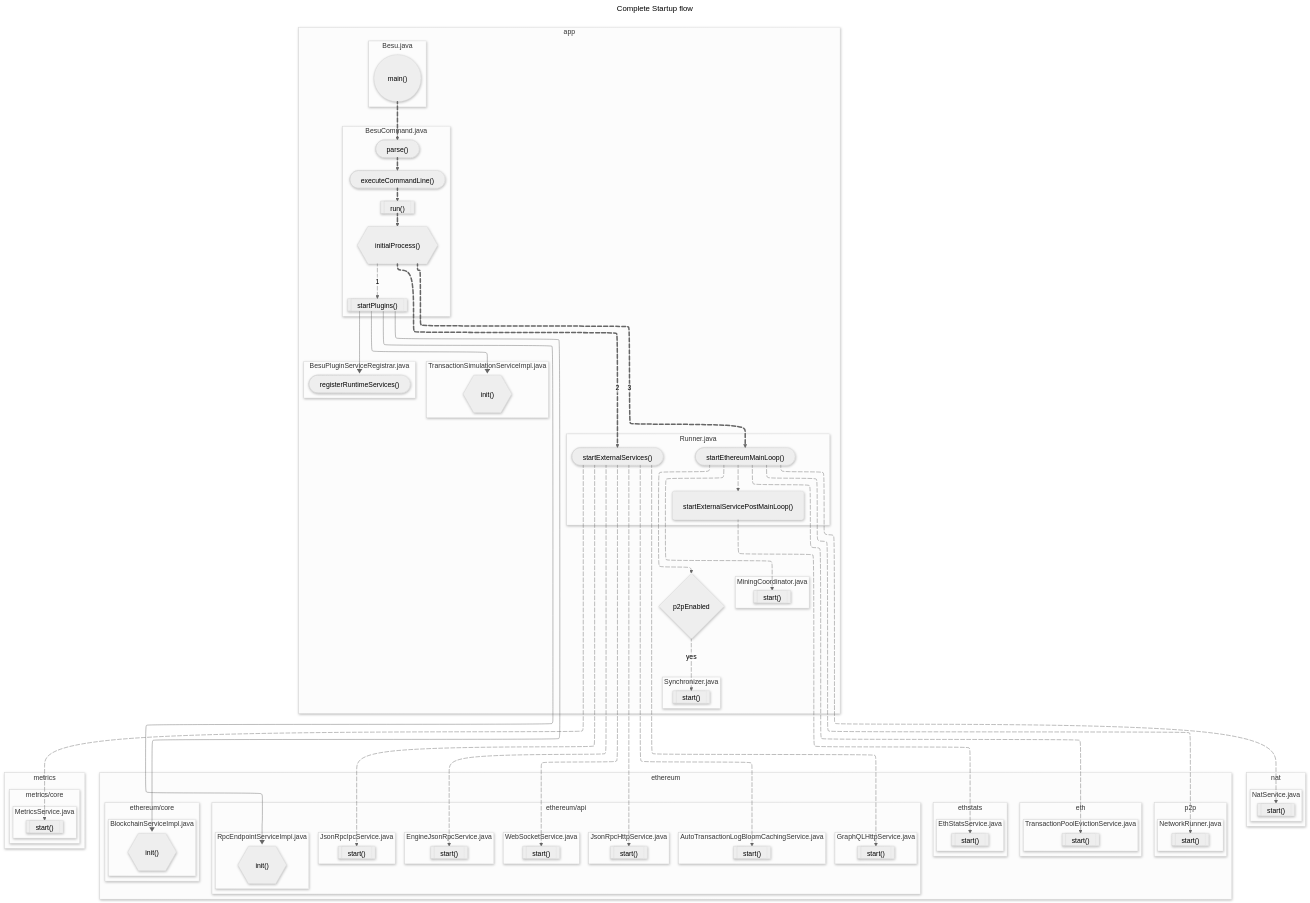
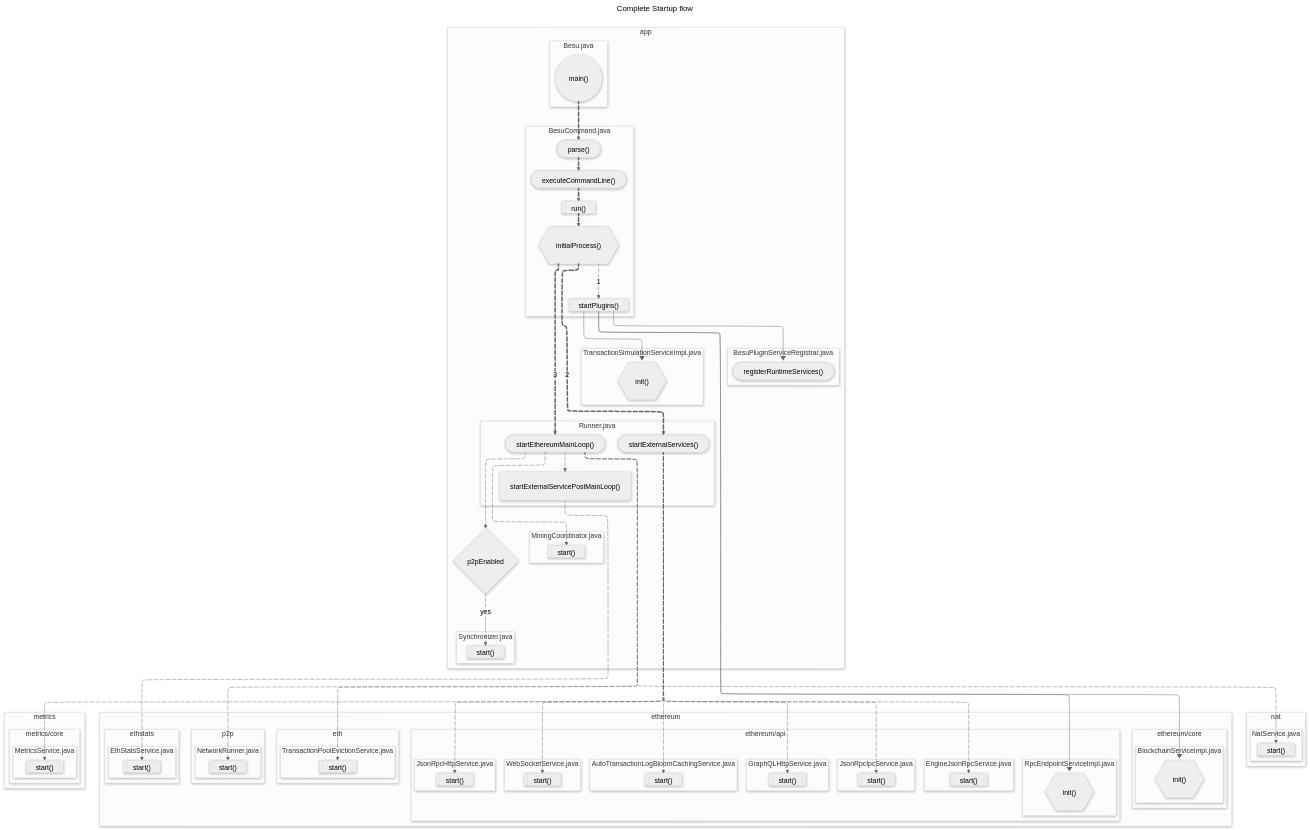
One commit to mimanshumaheshwari-zeeve/besu-flow-documentation changed the diagram in diagrams/startup/BESU-STARTUP-000-birdview.mmd. Above: the diagram before and after it, drawn with Mermaid. The commit also changed 2 other files, not shown here.

```diff
--- a/diagrams/startup/BESU-STARTUP-000-birdview.mmd
+++ b/diagrams/startup/BESU-STARTUP-000-birdview.mmd
@@ -1,182 +1,181 @@
 ---
 title: "Complete Startup flow"
 config:
   htmlLabels: false
-
   layout: elk
   theme: neutral
   look: neo
 
   elk:
-    mergeEdges: false
+    mergeEdges: true
     nodePlacementStrategy: LINEAR_SEGMENTS
     nodePlacementAlignment: BALANCED
     keepEntryNodeOnTop: true
 
   flowchart:
     wrappingWidth: 350
     padding: 25
     inheritDir: false
     nodeSpacing: 20
     rankSpacing: 40
 ---
 flowchart 
 
   %% nat module %%
   subgraph "nat"
     subgraph "NatService.java"
       nat_start[["`start()`"]]
     end
   end
 
   %% ethereum module %%
   subgraph ethereum 
     subgraph "ethereum/api"
       direction TD
       subgraph "RpcEndpointServiceImpl.java"
         rpcEndpointServiceImpl_init{{"`init()`"}}
       end
       subgraph "JsonRpcHttpService.java"
         ethereum_api_json_rpc_http_service_start[["`start()`"]]
       end
       subgraph "EngineJsonRpcService.java"
         ethereum_api_engine_api_service_start[["`start()`"]]
       end
       subgraph "GraphQLHttpService.java"
         ethereum_api_grpahql_http_service_start[["`start()`"]]
       end
       subgraph "WebSocketService.java"
         ethereum_api_websocket_service_start[["`start()`"]]
       end
       subgraph "JsonRpcIpcService.java"
         ethereum_api_json_rpc_ipc_service_start[["`start()`"]]
       end
       subgraph "AutoTransactionLogBloomCachingService.java"
         autotransactionlogbloomcachingservice_start[["`start()`"]]
       end
     end
     subgraph "ethereum/core"
       subgraph "BlockchainServiceImpl.java"
         blockchain_service_impl_init{{"`init()`"}}
       end
     end
     %% p2p module %%
     subgraph p2p 
       subgraph "NetworkRunner.java"
         networkrunner_start[["`start()`"]]
       end
     end
     subgraph "eth"
       subgraph "TransactionPoolEvictionService.java"
         transactionPoolEvictionService_start[["`start()`"]]
       end
     end
     subgraph "ethstats"
       subgraph "EthStatsService.java"
         ethstatsservece_start[["`start()`"]]
       end
     end
   end
 
   subgraph "metrics"
     direction LR
     subgraph "metrics/core"
       subgraph "MetricsService.java"
         metrics_service_start[["`start()`"]]
       end
     end
   end
 
   %% app module %%
   subgraph "app"
     subgraph BesuPluginServiceRegistrar.java 
       registerRuntimeServices(["`registerRuntimeServices()`"])
     end
 
     subgraph "TransactionSimulationServiceImpl.java"
       TransactionSimulationServiceImpl_init{{"`init()`"}}
     end
 
     subgraph "Besu.java"
       main(("`main()`"))
     end
 
     subgraph "Runner.java"
       startEthereumMainLoop(["`startEthereumMainLoop()`"])
       startExternalServicePostMainLoop("`startExternalServicePostMainLoop()`")
       startExternalServices(["`startExternalServices()`"])
       startEthereumMainLoop e6@--> startExternalServicePostMainLoop
     end
 
     subgraph "MiningCoordinator.java"
       mining_coordinator_start[["`start()`"]]
     end
 
     subgraph "Synchronizer.java"
       synchronizer_start[["`start()`"]]
     end
 
     subgraph BesuCommand.java 
       initialProcess{{"`initialProcess()`"}}
       parse(["`parse()`"])
       executeCommandLine(["`executeCommandLine()`"])
       run[["`run()`"]]
       startPlugins[["`startPlugins()`"]]
 
       parse e2@==> executeCommandLine
       executeCommandLine e3@==> run
       run e4@==> initialProcess
       initialProcess e11@-->|1| startPlugins
     end
 
     main e1@==> parse
     initialProcess e5@==>|3| startEthereumMainLoop
     initialProcess e14@==>|2| startExternalServices
     startEthereumMainLoop e9@--> nat_start
     startEthereumMainLoop e7@--> networkrunner_start
     startEthereumMainLoop e8@--> transactionPoolEvictionService_start
     startExternalServicePostMainLoop e10@--> ethstatsservece_start
     startEthereumMainLoop e12@--> mining_coordinator_start
     startEthereumMainLoop e25@--> p2pEnabled{p2pEnabled} e13@-->|yes| synchronizer_start
 
     startPlugins --> registerRuntimeServices
   end
 
   startExternalServices e15@--> metrics_service_start
   startExternalServices e16@--> ethereum_api_json_rpc_http_service_start
   startExternalServices e17@--> ethereum_api_engine_api_service_start
   startExternalServices e18@--> ethereum_api_grpahql_http_service_start
   startExternalServices e19@--> ethereum_api_websocket_service_start
   startExternalServices e20@--> ethereum_api_json_rpc_ipc_service_start
   startExternalServices e21@--> autotransactionlogbloomcachingservice_start
 
   startPlugins e23@--> TransactionSimulationServiceImpl_init
   startPlugins e24@ --> rpcEndpointServiceImpl_init
   startPlugins e22@--> blockchain_service_impl_init
 
 %% animate edges %%
 e1@{animate : true}
 e2@{animate : true}
 e3@{animate : true}
 e4@{animate : true}
 e5@{animate : true}
 e6@{animate : true}
 e7@{animate : true}
 e8@{animate : true}
 e9@{animate : true}
 e10@{animate : true}
 e11@{animate : true}
 e12@{animate : true}
 e13@{animate : true}
 e14@{animate : true}
 e15@{animate : true}
 e16@{animate : true}
 e17@{animate : true}
 e18@{animate : true}
 e19@{animate : true}
 e20@{animate : true}
 e21@{animate : true}
 e22@{animate : false}
 e23@{animate : false}
 e24@{animate : false}
 e25@{animate : true}
```
